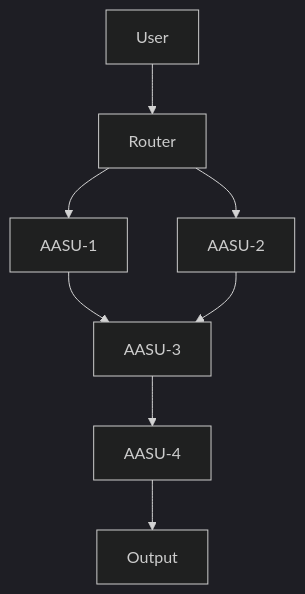
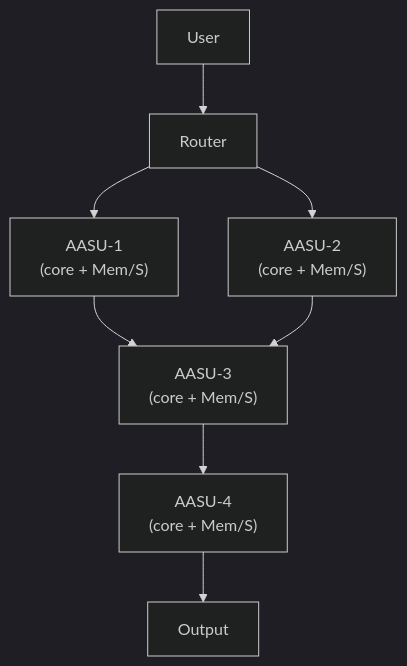
One commit to SAISec/AASU changed the fourth of 4 diagrams in docs/whitepapers/AASU_White_Paper_Publish_Ready_v1_2.md. Above: the diagram before and after it, drawn with Mermaid (dark theme). The commit also changed other lines of this file and 22 other files, not shown here.

Commit message:
Extend AASU PMRTK with memory/skill components and update docs/mermaid

````diff
--- a/docs/whitepapers/AASU_White_Paper_Publish_Ready_v1_2.md
+++ b/docs/whitepapers/AASU_White_Paper_Publish_Ready_v1_2.md
@@ -99,10 +101,10 @@
 ``` mermaid
 flowchart TD
     User --> R[Router]
-    R --> A1[AASU-1]
-    R --> A2[AASU-2]
-    A1 --> B1[AASU-3]
+    R --> A1["AASU-1<br/>(core + Mem/S)"]
+    R --> A2["AASU-2<br/>(core + Mem/S)"]
+    A1 --> B1["AASU-3<br/>(core + Mem/S)"]
     A2 --> B1
-    B1 --> C1[AASU-4]
+    B1 --> C1["AASU-4<br/>(core + Mem/S)"]
     C1 --> Output
 ```
````
